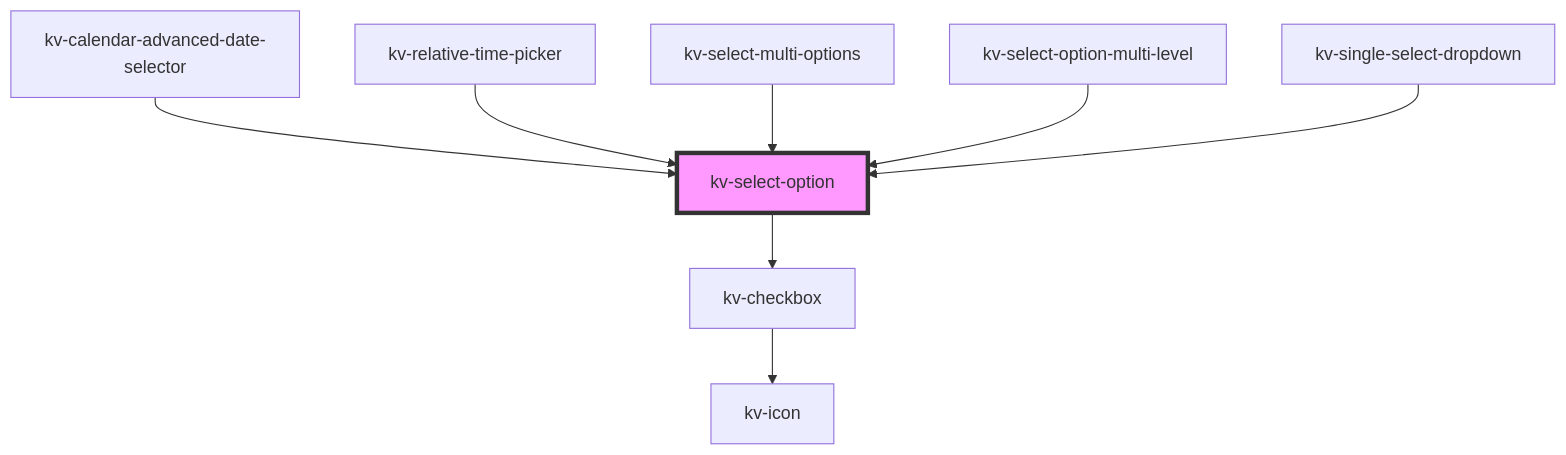
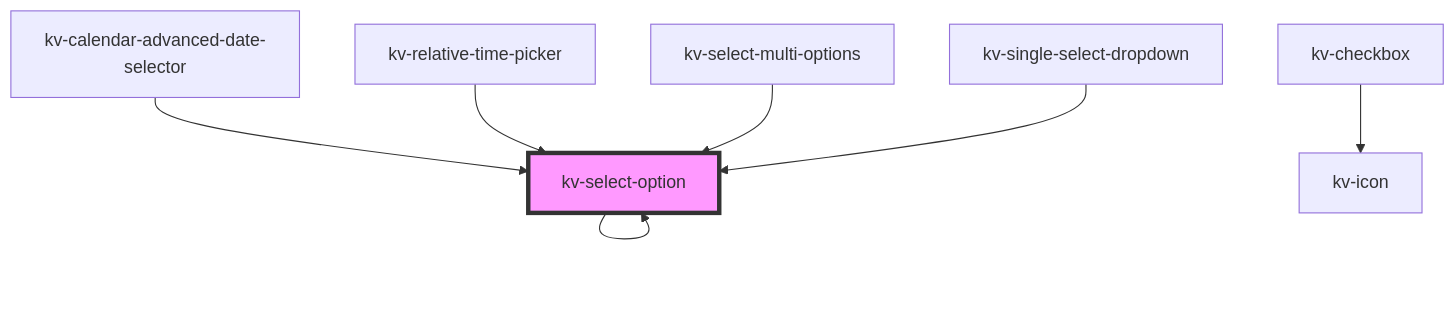
Before and after one commit to kelvininc/ui-components: the diagram in packages/ui-components/src/components/select-option/readme.md, drawn with Mermaid. The commit also changed other lines of this file and 60 other files, not shown here.

First line of the commit message:
feat(dropdown)!: add multi level select option to single select dropdown

````diff
--- a/packages/ui-components/src/components/select-option/readme.md
+++ b/packages/ui-components/src/components/select-option/readme.md
@@ -101,11 +104,10 @@
 ```mermaid
 graph TD;
-  kv-select-option --> kv-checkbox
+  kv-select-option --> kv-select-option
   kv-checkbox --> kv-icon
   kv-calendar-advanced-date-selector --> kv-select-option
   kv-relative-time-picker --> kv-select-option
   kv-select-multi-options --> kv-select-option
-  kv-select-option-multi-level --> kv-select-option
   kv-single-select-dropdown --> kv-select-option
   style kv-select-option fill:#f9f,stroke:#333,stroke-width:4px
 ```
````
